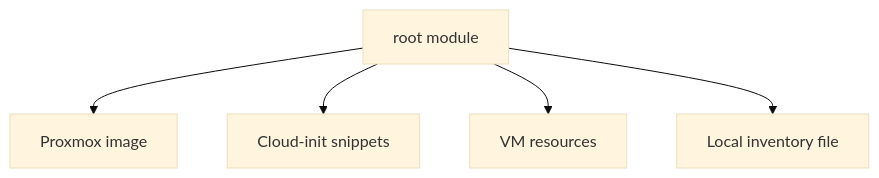
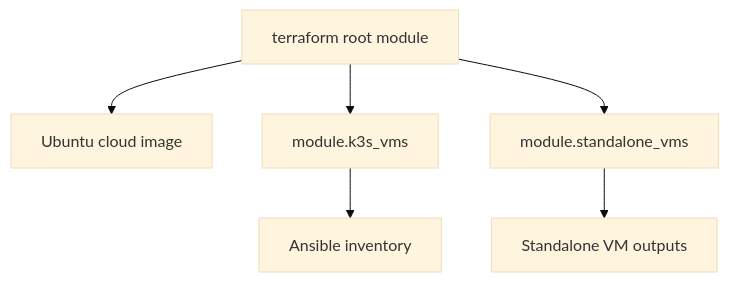
Before and after one commit to VictorRoshchin/Proxmox-k3s-cluster: the diagram in docs/terraform/modules.md, drawn with Mermaid (base theme). The commit also changed other lines of this file and 33 other files, not shown here.

````diff
--- a/docs/terraform/modules.md
+++ b/docs/terraform/modules.md
@@ -68,7 +74,8 @@
 ```mermaid
 flowchart TD
-    A[root module] --> B[Proxmox image]
-    A --> C[Cloud-init snippets]
-    A --> D[VM resources]
-    A --> E[Local inventory file]
+    A[terraform root module] --> B[Ubuntu cloud image]
+    A --> C[module.k3s_vms]
+    A --> D[module.standalone_vms]
+    C --> E[Ansible inventory]
+    D --> F[Standalone VM outputs]
 ```
````
